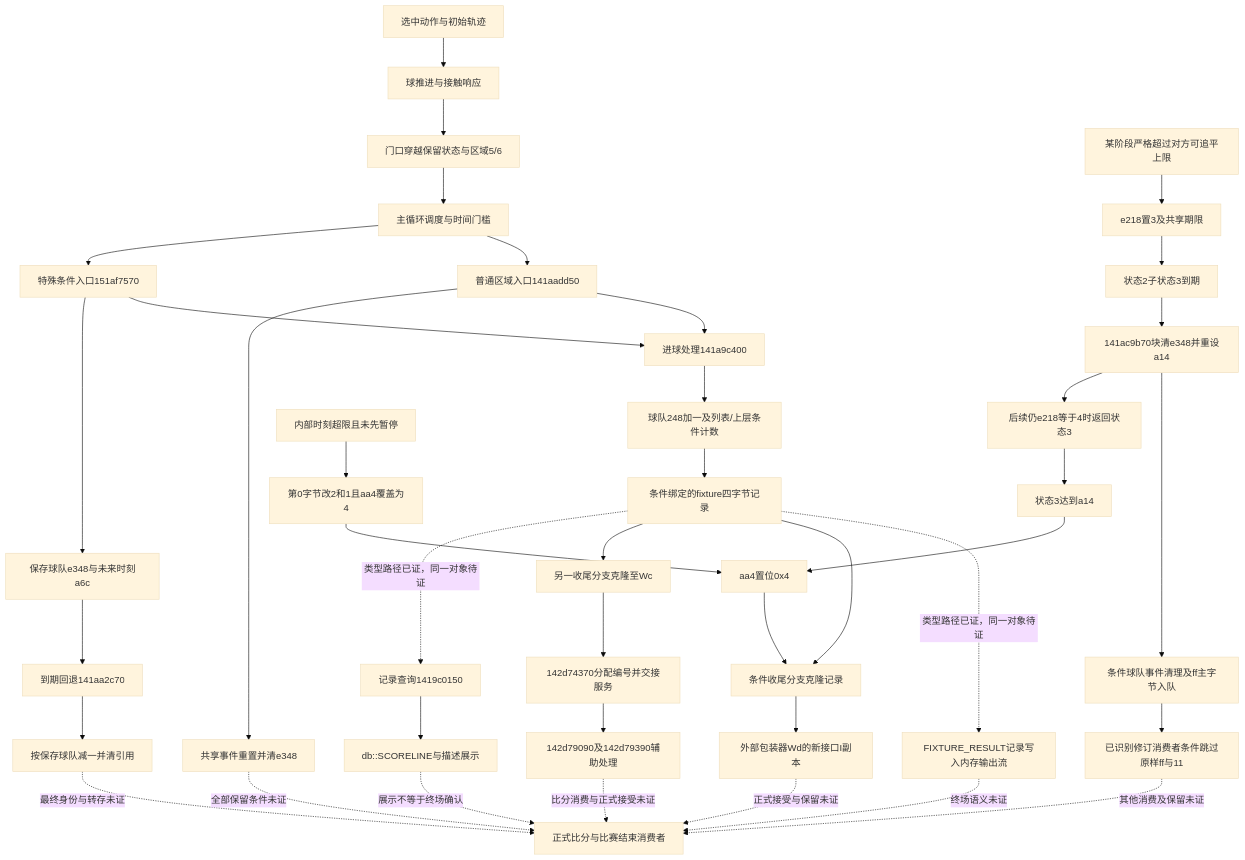
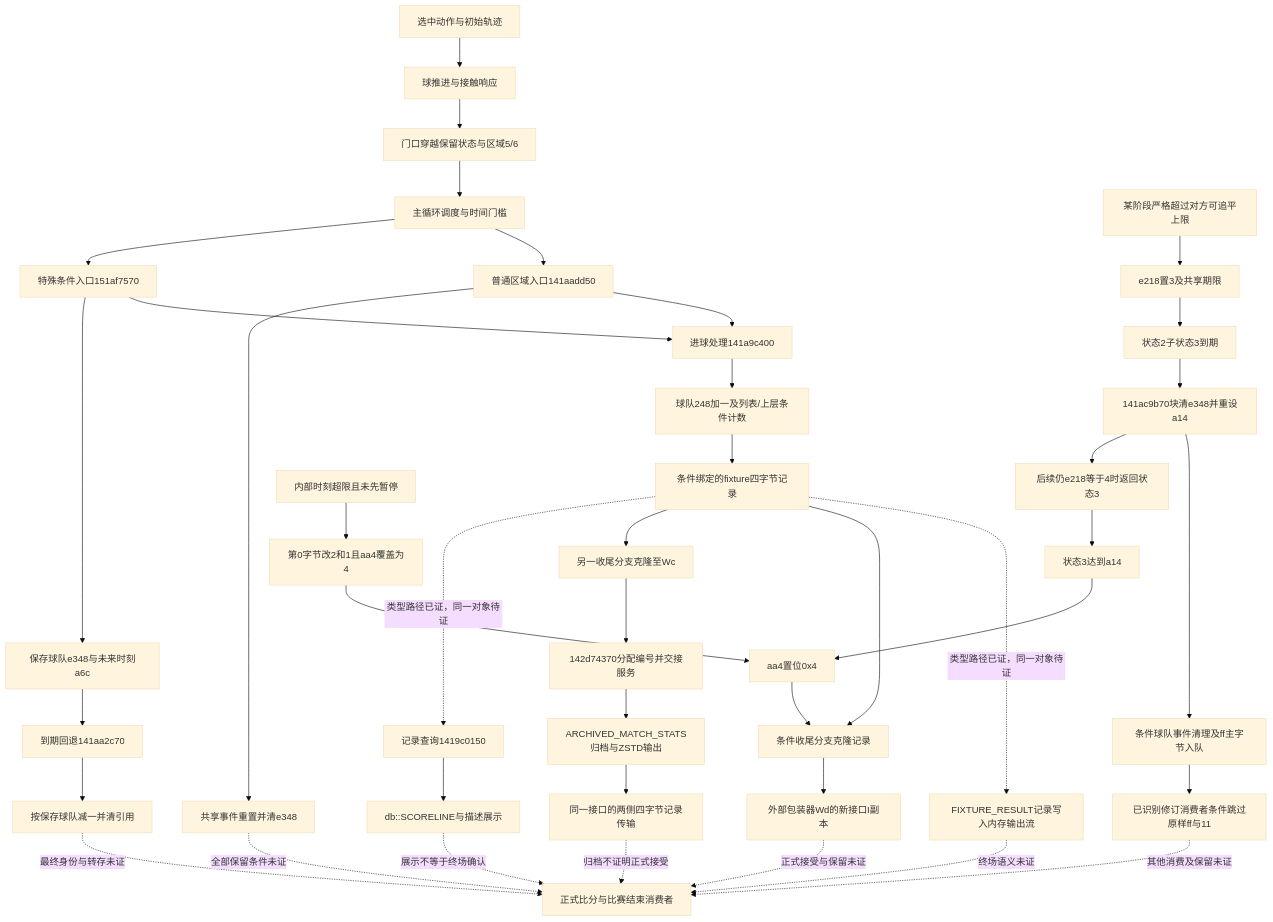
One commit to appleface2050/FM24-Engine-Research changed the diagram in RESEARCH_MAP.md. Above: the diagram before and after it, drawn with Mermaid (base theme). The commit also changed other lines of this file and 7 other files, not shown here.

Commit message:
research: bind archived match result serialization and stream spans

````diff
--- a/RESEARCH_MAP.md
+++ b/RESEARCH_MAP.md
@@ -20,42 +20,43 @@
 ```mermaid
 flowchart TD
     A[选中动作与初始轨迹] --> B[球推进与接触响应]
     B --> C[门口穿越保留状态与区域5/6]
     C --> D[主循环调度与时间门槛]
     D --> E[普通区域入口141aadd50]
     E --> F[进球处理141a9c400]
     F --> G[球队248加一及列表/上层条件计数]
     E --> H[共享事件重置并清e348]
     D --> I[特殊条件入口151af7570]
     I --> F
     I --> J[保存球队e348与未来时刻a6c]
     J --> K[到期回退141aa2c70]
     K --> L[按保存球队减一并清引用]
     G --> N[条件绑定的fixture四字节记录]
     N -. 类型路径已证，同一对象待证 .-> O[FIXTURE_RESULT记录写入内存输出流]
     O -. 终场语义未证 .-> M[正式比分与比赛结束消费者]
     N --> R[条件收尾分支克隆记录]
     Z[某阶段严格超过对方可追平上限] --> ZZ[e218置3及共享期限]
     ZZ --> AA[状态2子状态3到期]
     AA --> AB[141ac9b70块清e348并重设a14]
     AB --> AD[条件球队事件清理及ff主字节入队]
     AD --> AE[已识别修订消费者条件跳过原样ff与11]
     AE -. 其他消费及保留未证 .-> M
     AB --> AC[后续仍e218等于4时返回状态3]
     AC --> V[状态3达到a14]
     V --> U[aa4置位0x4]
     W[内部时刻超限且未先暂停] --> Y[第0字节改2和1且aa4覆盖为4]
     Y --> U
     U --> R
     R --> S[外部包装器Wd的新接口I副本]
     S -. 正式接受与保留未证 .-> M
     N --> AF[另一收尾分支克隆至Wc]
     AF --> AG[142d74370分配编号并交接服务]
-    AG --> AH[142d79090及142d79390辅助处理]
-    AH -. 比分消费与正式接受未证 .-> M
+    AG --> AH[ARCHIVED_MATCH_STATS归档与ZSTD输出]
+    AH --> AI[同一接口的两侧四字节记录传输]
+    AI -. 归档不证明正式接受 .-> M
     N -. 类型路径已证，同一对象待证 .-> P[记录查询1419c0150]
     P --> Q[db::SCORELINE与描述展示]
     Q -. 展示不等于终场确认 .-> M
     L -. 最终身份与转存未证 .-> M
     H -. 全部保留条件未证 .-> M
 ```
````
